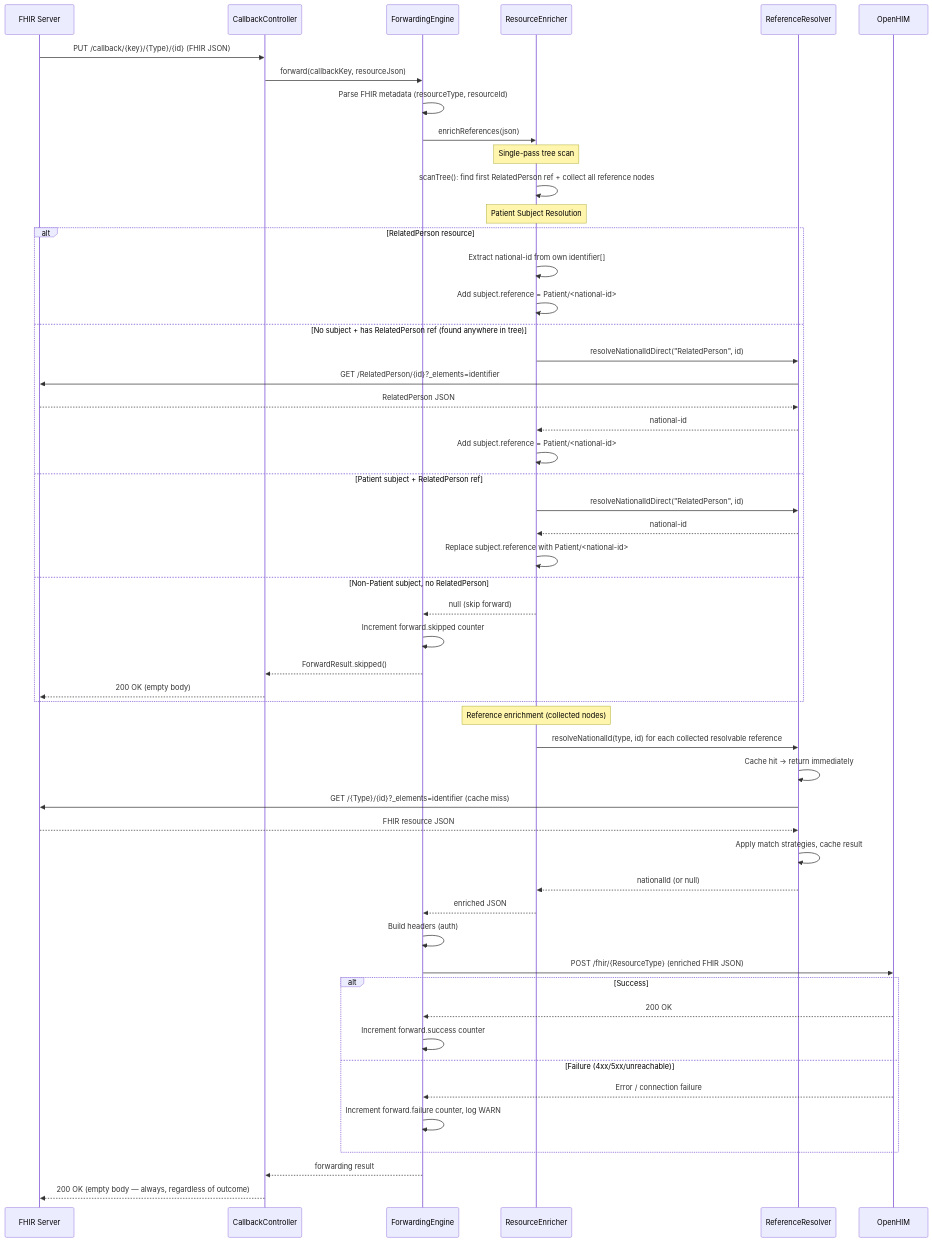
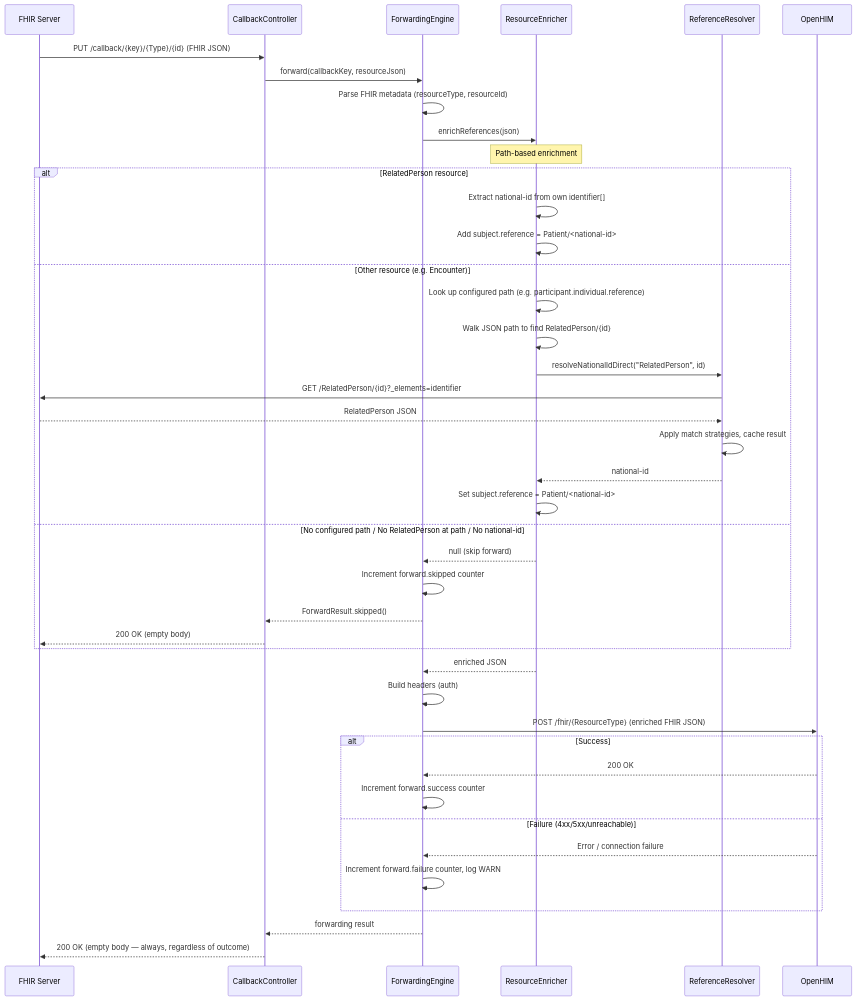
Before and after one commit to ishashankakkasali/fhir-cce-emitter-adaptor: the second of 2 diagrams in docs/architecture.md, drawn with Mermaid. The commit also changed other lines of this file and 17 other files, not shown here.

First line of the commit message:
Refactor: Integration tests and resource enrichment logic for RelatedPerson handling

````diff
--- a/docs/architecture.md
+++ b/docs/architecture.md
@@ -295,59 +293,47 @@
 ```mermaid
 sequenceDiagram
     participant FS as FHIR Server
     participant CB as CallbackController
     participant FE as ForwardingEngine
     participant RE as ResourceEnricher
     participant RR as ReferenceResolver
     participant T as OpenHIM
 
     FS->>CB: PUT /callback/{key}/{Type}/{id} (FHIR JSON)
     CB->>FE: forward(callbackKey, resourceJson)
     FE->>FE: Parse FHIR metadata (resourceType, resourceId)
     FE->>RE: enrichReferences(json)
 
-    Note over RE: Single-pass tree scan
-    RE->>RE: scanTree(): find first RelatedPerson ref + collect all reference nodes
-
-    Note over RE: Patient Subject Resolution
+    Note over RE: Path-based enrichment
     alt RelatedPerson resource
         RE->>RE: Extract national-id from own identifier[]
         RE->>RE: Add subject.reference = Patient/<national-id>
-    else No subject + has RelatedPerson ref (found anywhere in tree)
+    else Other resource (e.g. Encounter)
+        RE->>RE: Look up configured path (e.g. participant.individual.reference)
+        RE->>RE: Walk JSON path to find RelatedPerson/{id}
         RE->>RR: resolveNationalIdDirect("RelatedPerson", id)
         RR->>FS: GET /RelatedPerson/{id}?_elements=identifier
         FS-->>RR: RelatedPerson JSON
+        RR->>RR: Apply match strategies, cache result
         RR-->>RE: national-id
-        RE->>RE: Add subject.reference = Patient/<national-id>
-    else Patient subject + RelatedPerson ref
-        RE->>RR: resolveNationalIdDirect("RelatedPerson", id)
-        RR-->>RE: national-id
-        RE->>RE: Replace subject.reference with Patient/<national-id>
-    else Non-Patient subject, no RelatedPerson
+        RE->>RE: Set subject.reference = Patient/<national-id>
+    else No configured path / No RelatedPerson at path / No national-id
         RE-->>FE: null (skip forward)
         FE->>FE: Increment forward.skipped counter
         FE-->>CB: ForwardResult.skipped()
         CB-->>FS: 200 OK (empty body)
     end
 
-    Note over RE: Reference enrichment (collected nodes)
-    RE->>RR: resolveNationalId(type, id) for each collected resolvable reference
-    RR->>RR: Cache hit → return immediately
-    RR->>FS: GET /{Type}/{id}?_elements=identifier (cache miss)
-    FS-->>RR: FHIR resource JSON
-    RR->>RR: Apply match strategies, cache result
-    RR-->>RE: nationalId (or null)
     RE-->>FE: enriched JSON
-
     FE->>FE: Build headers (auth)
     FE->>T: POST /fhir/{ResourceType} (enriched FHIR JSON)
     alt Success
         T-->>FE: 200 OK
         FE->>FE: Increment forward.success counter
     else Failure (4xx/5xx/unreachable)
         T-->>FE: Error / connection failure
         FE->>FE: Increment forward.failure counter, log WARN
     end
     FE-->>CB: forwarding result
     CB-->>FS: 200 OK (empty body — always, regardless of outcome)
 ```
````
